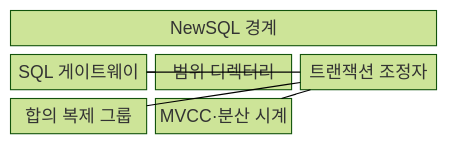
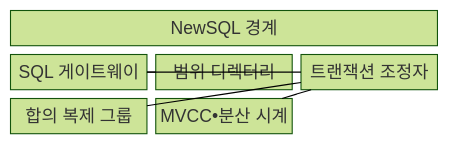
Before and after one commit to agnusdei1207/knowledge-base: the first of 2 diagrams in src/content/docs/notes/03-software/115_newsql.md, drawn with Mermaid (forest theme). The commit also changed other lines of this file and 953 other files, not shown here.

````diff
--- a/src/content/docs/notes/03-software/115_newsql.md
+++ b/src/content/docs/notes/03-software/115_newsql.md
@@ -67,14 +67,14 @@
 ```mermaid
 block
   columns 3
   A["NewSQL 경계"]:3
   G["SQL 게이트웨이"]
   D["범위 디렉터리"]
   C["트랜잭션 조정자"]
   R["합의 복제 그룹"]
-  M["MVCC·분산 시계"]
+  M["MVCC•분산 시계"]
   G --- D
   G --- C
   C --- R
   C --- M
 ```
````
